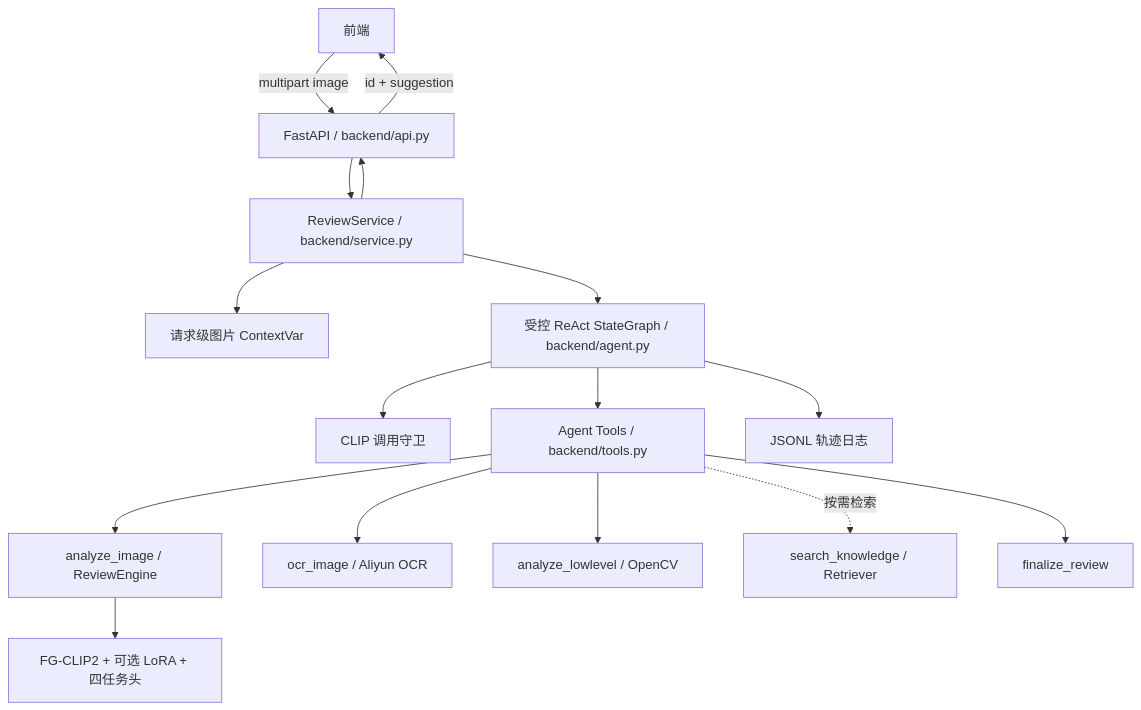
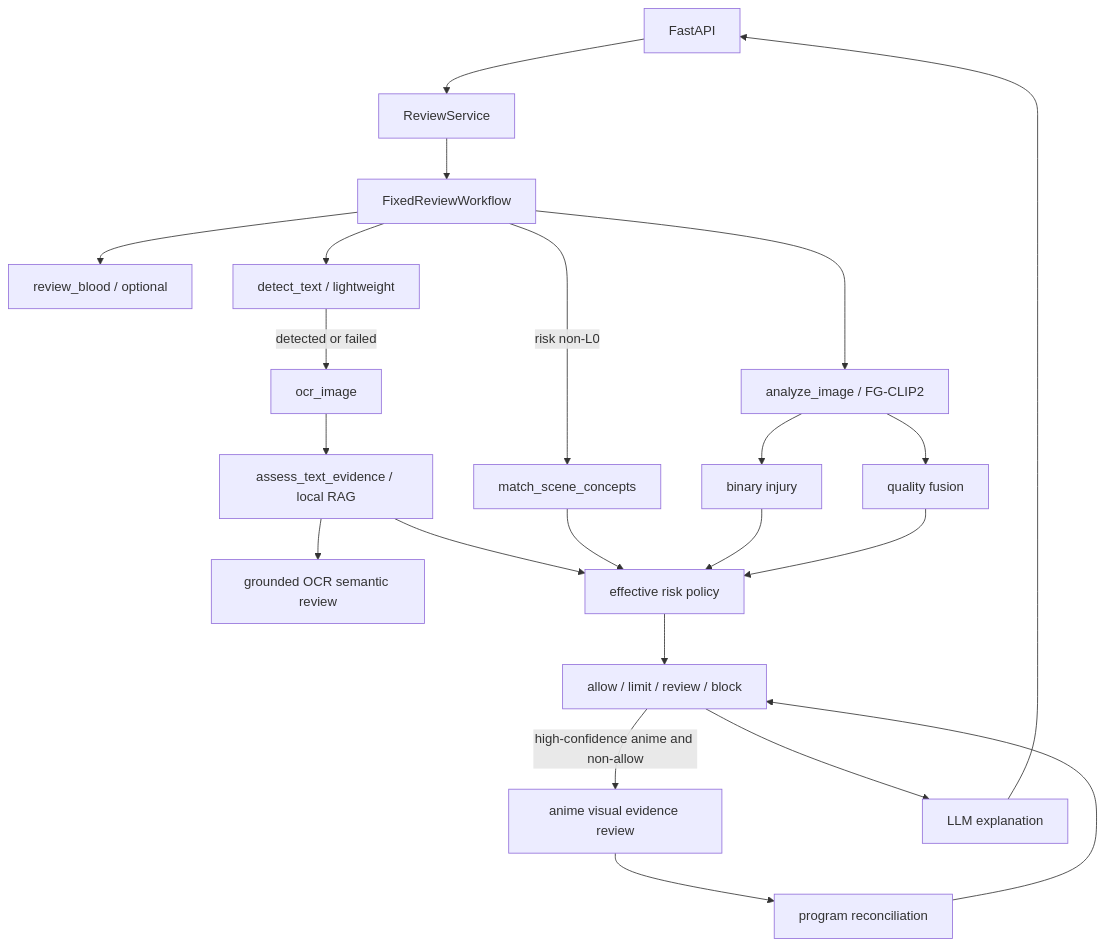
Before and after one commit to ZhangGuannanHIT/Image-Review-Agent: the diagram in docs/architecture.md, drawn with Mermaid. The commit also changed other lines of this file and 72 other files, not shown here.

Commit message:
feat: ship effective v5 anime moderation policy

````diff
--- a/docs/architecture.md
+++ b/docs/architecture.md
@@ -13,18 +11,24 @@
 ```mermaid
 flowchart TD
-    FE[前端] -->|multipart image| API[FastAPI / backend/api.py]
-    API --> SVC[ReviewService / backend/service.py]
-    SVC --> CTX[请求级图片 ContextVar]
-    SVC --> GRAPH[受控 ReAct StateGraph / backend/agent.py]
-    GRAPH --> GUARD[CLIP 调用守卫]
-    GRAPH --> TOOLS[Agent Tools / backend/tools.py]
-    TOOLS --> CLIP[analyze_image / ReviewEngine]
-    TOOLS --> OCR[ocr_image / Aliyun OCR]
-    TOOLS --> LOW[analyze_lowlevel / OpenCV]
-    TOOLS -. 按需检索 .-> RAG[search_knowledge / Retriever]
-    TOOLS --> FINAL[finalize_review]
-    CLIP --> MODEL[FG-CLIP2 + 可选 LoRA + 四任务头]
-    GRAPH --> LOG[JSONL 轨迹日志]
-    SVC --> API
-    API -->|id + suggestion| FE
+    API[FastAPI] --> SVC[ReviewService]
+    SVC --> WF[FixedReviewWorkflow]
+    WF --> CLIP[analyze_image / FG-CLIP2]
+    CLIP --> BINARY[binary injury]
+    CLIP --> QUALITY[quality fusion]
+    WF --> BLOOD[review_blood / optional]
+    WF --> DETECT[detect_text / lightweight]
+    DETECT -->|detected or failed| OCR[ocr_image]
+    OCR --> RAG[assess_text_evidence / local RAG]
+    RAG --> TSEM[grounded OCR semantic review]
+    WF -->|risk non-L0| SCENE[match_scene_concepts]
+    RAG --> POLICY[effective risk policy]
+    SCENE --> POLICY
+    BINARY --> POLICY
+    QUALITY --> POLICY
+    POLICY --> ACTION[allow / limit / review / block]
+    ACTION -->|high-confidence anime and non-allow| AVIS[anime visual evidence review]
+    AVIS --> POLICY2[program reconciliation]
+    POLICY2 --> ACTION
+    ACTION --> EXPLAIN[LLM explanation]
+    EXPLAIN --> API
 ```
````
